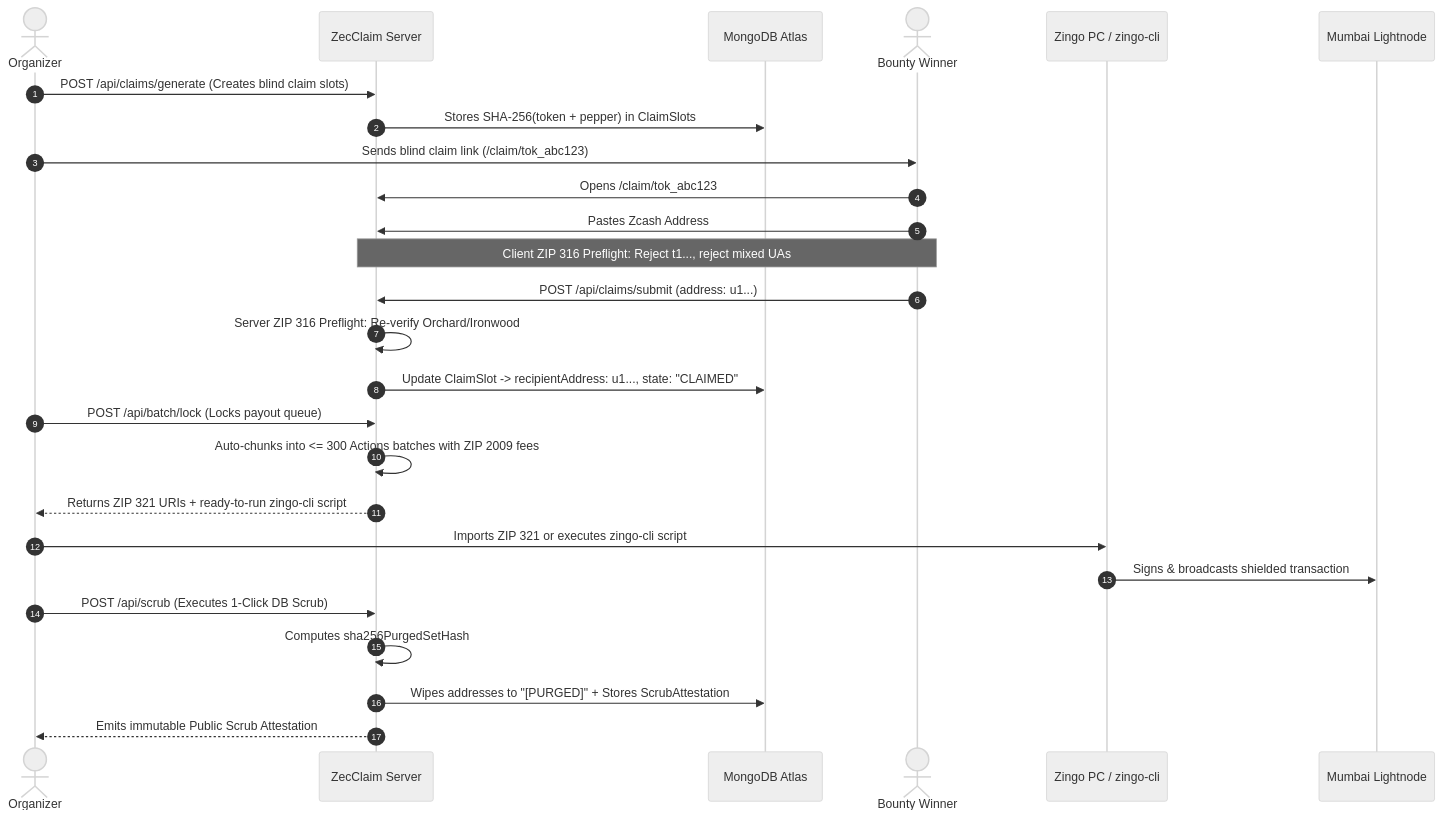
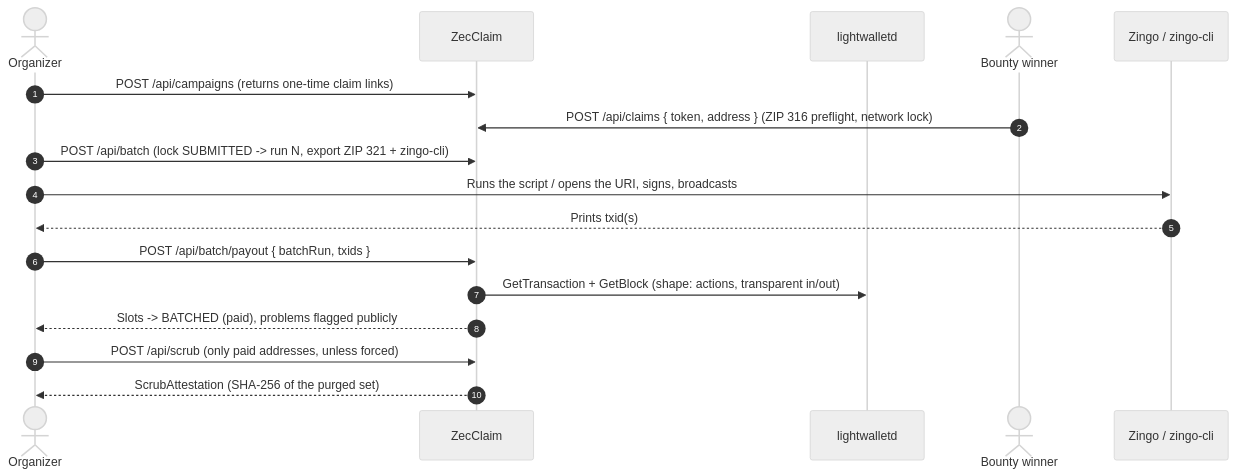
One commit to tushar598/ZecClaim changed the third of 3 diagrams in docs/ARCHITECTURE.md. Above: the diagram before and after it, drawn with Mermaid (neutral theme). The commit also changed other lines of this file and 156 other files, not shown here.

````diff
--- a/docs/ARCHITECTURE.md
+++ b/docs/ARCHITECTURE.md
@@ -83,29 +83,20 @@
 ```mermaid
 sequenceDiagram
     autonumber
     actor Org as Organizer
-    participant Portal as ZecClaim Server
-    participant DB as MongoDB Atlas
-    actor Winner as Bounty Winner
-    participant Wallet as Zingo PC / zingo-cli
-    participant Lightnode as Mumbai Lightnode
+    participant Portal as ZecClaim
+    participant Node as lightwalletd
+    actor Winner as Bounty winner
+    participant Wallet as Zingo / zingo-cli
 
-    Org->>Portal: POST /api/claims/generate (Creates blind claim slots)
-    Portal->>DB: Stores SHA-256(token + pepper) in ClaimSlots
-    Org->>Winner: Sends blind claim link (/claim/tok_abc123)
-    Winner->>Portal: Opens /claim/tok_abc123
-    Winner->>Portal: Pastes Zcash Address
-    Note over Winner,Portal: Client ZIP 316 Preflight: Reject t1..., reject mixed UAs
-    Winner->>Portal: POST /api/claims/submit (address: u1...)
-    Portal->>Portal: Server ZIP 316 Preflight: Re-verify Orchard/Ironwood
-    Portal->>DB: Update ClaimSlot -> recipientAddress: u1..., state: "CLAIMED"
-    Org->>Portal: POST /api/batch/lock (Locks payout queue)
-    Portal->>Portal: Auto-chunks into <= 300 Actions batches with ZIP 2009 fees
-    Portal-->>Org: Returns ZIP 321 URIs + ready-to-run zingo-cli script
-    Org->>Wallet: Imports ZIP 321 or executes zingo-cli script
-    Wallet->>Lightnode: Signs & broadcasts shielded transaction
-    Org->>Portal: POST /api/scrub (Executes 1-Click DB Scrub)
-    Portal->>Portal: Computes sha256PurgedSetHash
-    Portal->>DB: Wipes addresses to "[PURGED]" + Stores ScrubAttestation
-    Portal-->>Org: Emits immutable Public Scrub Attestation
+    Org->>Portal: POST /api/campaigns (returns one-time claim links)
+    Winner->>Portal: POST /api/claims { token, address } (ZIP 316 preflight, network lock)
+    Org->>Portal: POST /api/batch (lock SUBMITTED -> run N, export ZIP 321 + zingo-cli)
+    Org->>Wallet: Runs the script / opens the URI, signs, broadcasts
+    Wallet-->>Org: Prints txid(s)
+    Org->>Portal: POST /api/batch/payout { batchRun, txids }
+    Portal->>Node: GetTransaction + GetBlock (shape: actions, transparent in/out)
+    Portal-->>Org: Slots -> BATCHED (paid), problems flagged publicly
+    Org->>Portal: POST /api/scrub (only paid addresses, unless forced)
+    Portal-->>Org: ScrubAttestation (SHA-256 of the purged set)
 ```
````
